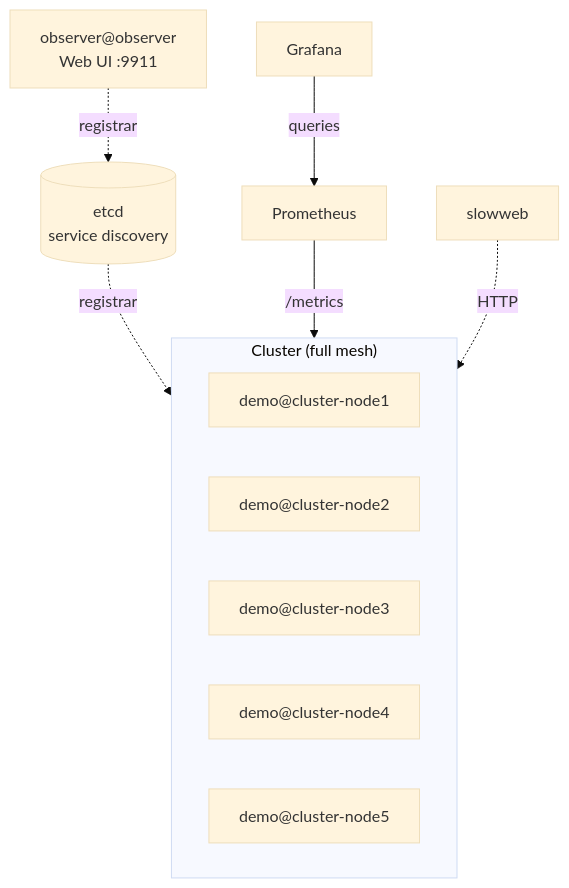
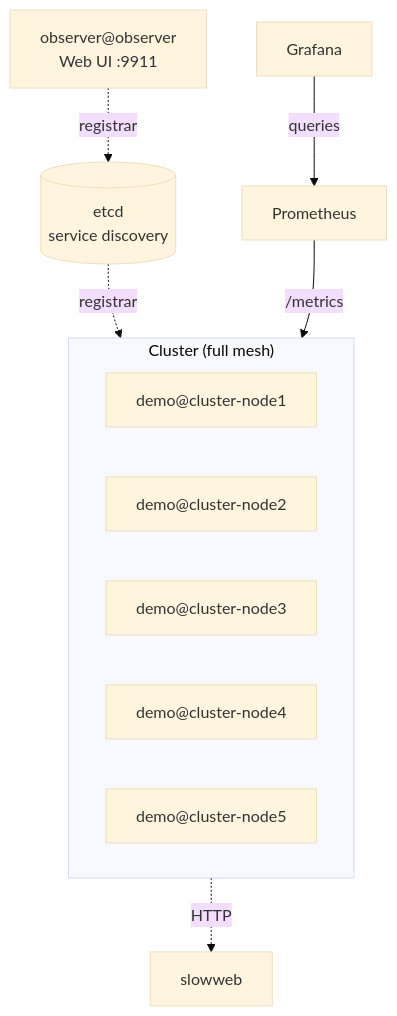
Before and after one commit to ergo-services/examples: the diagram in observability/README.md, drawn with Mermaid (base theme).

````diff
--- a/observability/README.md
+++ b/observability/README.md
@@ -54,20 +54,20 @@
 ```mermaid
 graph TB
     etcd[("etcd
     service discovery")]
 
     subgraph Cluster["Cluster (full mesh)"]
         cn1["demo@cluster-node1"]
         cn2["demo@cluster-node2"]
         cn3["demo@cluster-node3"]
         cn4["demo@cluster-node4"]
         cn5["demo@cluster-node5"]
     end
 
     etcd -. registrar .-> Cluster
     grafana["Grafana"] -- queries --> prometheus["Prometheus"]
     prometheus -- "/metrics" --> Cluster
-    slowweb["slowweb"] -. HTTP .-> Cluster
+    Cluster -. HTTP .-> slowweb["slowweb"]
     obs["observer@observer
     Web UI :9911"] -. registrar .-> etcd
 ```
````
